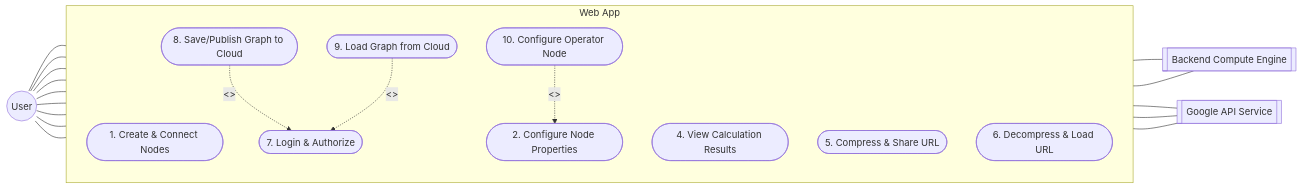
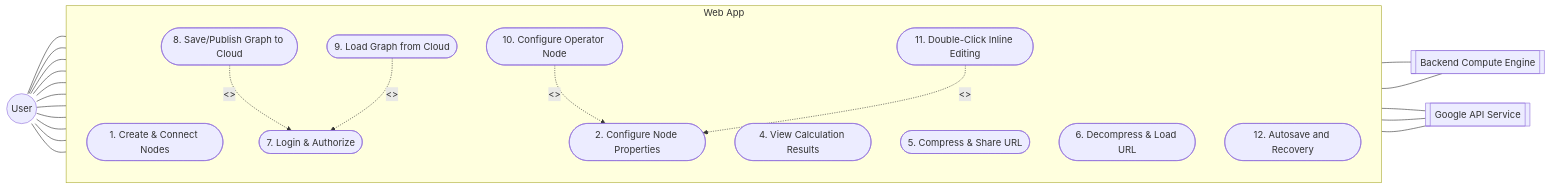
One commit to shengyucs/114-2_WebAPP_Team10 changed the second of 2 diagrams in reference/Software Requirement Specificat.md. Above: the diagram before and after it, drawn with Mermaid. The commit also changed other lines of this file and 1 other file, not shown here.

Commit message:
docs: update README and SRS with local autosave and double-click edit requirements

````diff
--- a/reference/Software Requirement Specificat.md
+++ b/reference/Software Requirement Specificat.md
@@ -105,27 +106,30 @@
 ```mermaid
 flowchart LR
     User((User))
     SysEngine[[Backend Compute Engine]]
     GoogleAPI[[Google API Service]]
 
     subgraph System ["Web App"]
         direction TB
         UC1([1. Create & Connect Nodes])
         UC2([2. Configure Node Properties])
         UC4([4. View Calculation Results])
         UC5([5. Compress & Share URL])
         UC6([6. Decompress & Load URL])
         UC7([7. Login & Authorize])
         UC8([8. Save/Publish Graph to Cloud])
         UC9([9. Load Graph from Cloud])
         UC10([10. Configure Operator Node])
+        UC11([11. Double-Click Inline Editing])
+        UC12([12. Autosave and Recovery])
     end
 
-    User --- UC1 & UC2 & UC4 & UC5 & UC6 & UC7 & UC8 & UC9 & UC10
+    User --- UC1 & UC2 & UC4 & UC5 & UC6 & UC7 & UC8 & UC9 & UC10 & UC11 & UC12
     UC8 -. "<<include>>" .-> UC7
     UC9 -. "<<include>>" .-> UC7
     UC10 -. "<<extend>>" .-> UC2
+    UC11 -. "<<extend>>" .-> UC2
     UC1 --- SysEngine
     SysEngine --- UC4
     UC7 & UC8 & UC9 --- GoogleAPI
 ```
````
